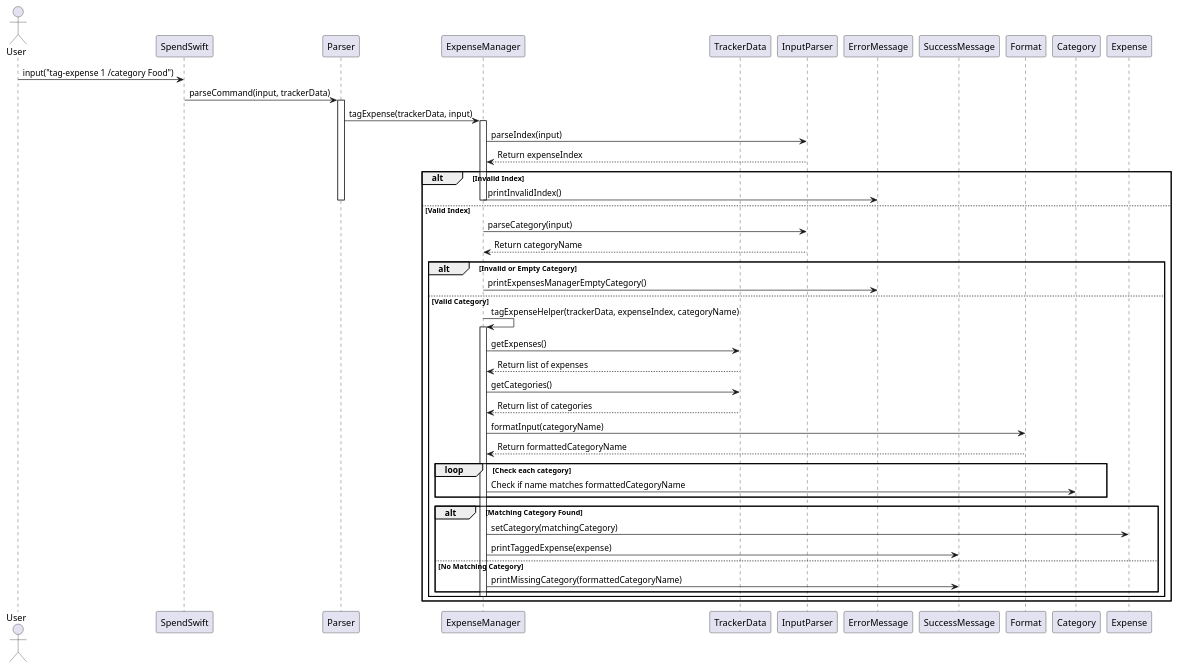
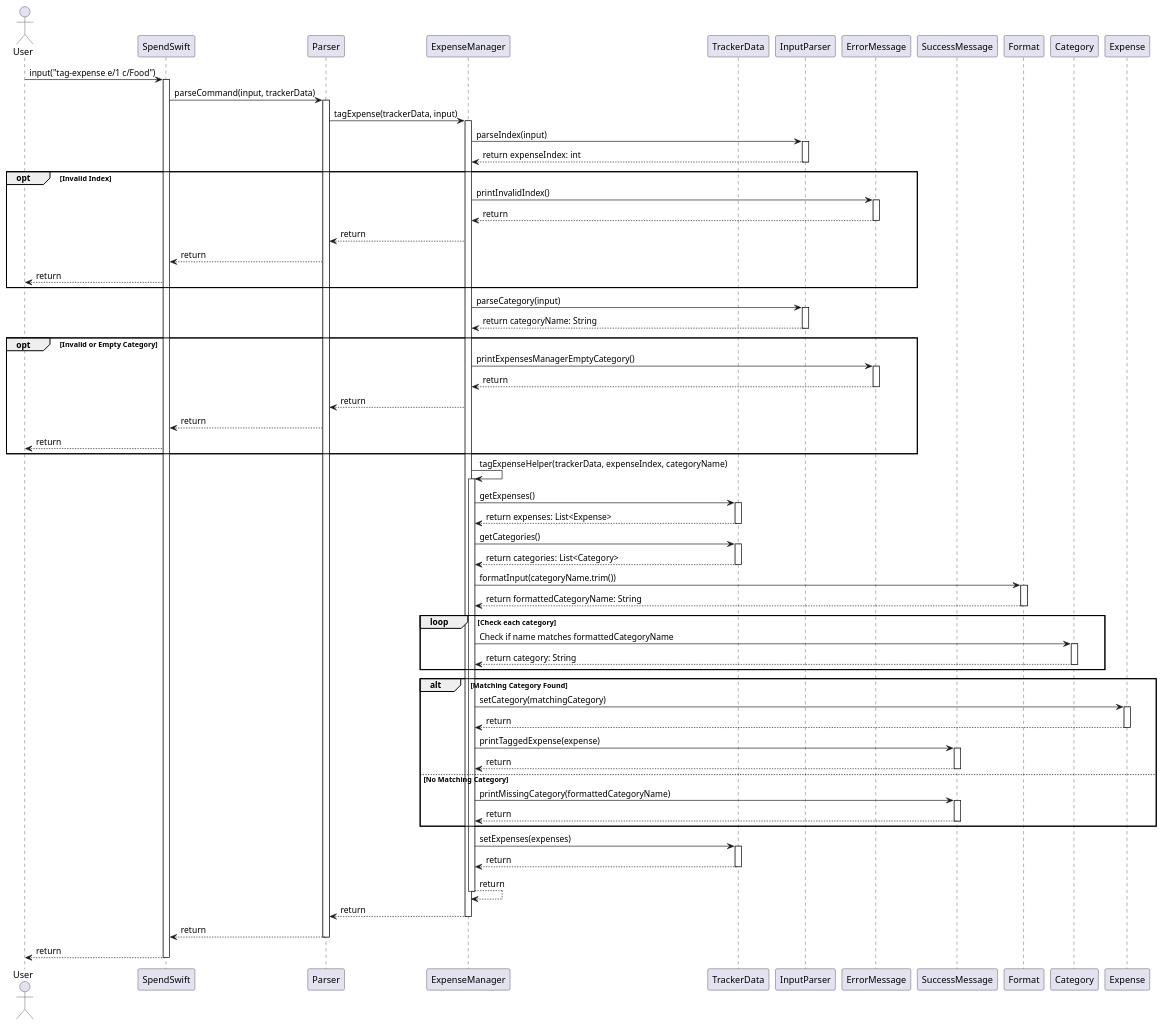
One commit to nus-cs2113-AY2425S1/tp changed the diagram in docs/diagrams/TagExpense.puml. Above: the diagram before and after it, drawn with PlantUML. The commit also changed 2 other files, not shown here.

Commit message:
Add tag-expense sequence diagram

```diff
--- a/docs/diagrams/TagExpense.puml
+++ b/docs/diagrams/TagExpense.puml
@@ -1,63 +1,107 @@
 @startuml
 actor User
 participant SpendSwift
 participant Parser
 participant ExpenseManager
 participant TrackerData
 participant InputParser
 participant ErrorMessage
 participant SuccessMessage
 participant Format
 participant Category
 participant Expense
 
-User -> SpendSwift : input("tag-expense 1 /category Food")
+User -> SpendSwift : input("tag-expense e/1 c/Food")
+activate SpendSwift
 SpendSwift -> Parser : parseCommand(input, trackerData)
 
 activate Parser
 Parser -> ExpenseManager : tagExpense(trackerData, input)
 
 activate ExpenseManager
 ExpenseManager -> InputParser : parseIndex(input)
-InputParser --> ExpenseManager : Return expenseIndex
+activate InputParser
+InputParser --> ExpenseManager : return expenseIndex: int
+deactivate InputParser
 
-alt Invalid Index
+opt Invalid Index
     ExpenseManager -> ErrorMessage : printInvalidIndex()
-    deactivate ExpenseManager
-    deactivate Parser
-else Valid Index
-    ExpenseManager -> InputParser : parseCategory(input)
-    InputParser --> ExpenseManager : Return categoryName
+    activate ErrorMessage
+    ErrorMessage --> ExpenseManager : return
+    deactivate ErrorMessage
+    ExpenseManager --> Parser : return
+    Parser --> SpendSwift : return
+    SpendSwift --> User : return
+end
 
-    alt Invalid or Empty Category
-        ExpenseManager -> ErrorMessage : printExpensesManagerEmptyCategory()
-        deactivate ExpenseManager
-        deactivate Parser
-    else Valid Category
-        ExpenseManager -> ExpenseManager : tagExpenseHelper(trackerData, expenseIndex, categoryName)
+ExpenseManager -> InputParser : parseCategory(input)
+activate InputParser
+InputParser --> ExpenseManager : return categoryName: String
+deactivate InputParser
 
-        activate ExpenseManager
-        ExpenseManager -> TrackerData : getExpenses()
-        TrackerData --> ExpenseManager : Return list of expenses
+opt Invalid or Empty Category
+    ExpenseManager -> ErrorMessage : printExpensesManagerEmptyCategory()
+    activate ErrorMessage
+    ErrorMessage --> ExpenseManager : return
+    deactivate ErrorMessage
+    ExpenseManager --> Parser : return
+    Parser --> SpendSwift : return
+    SpendSwift --> User : return
+end
 
-        ExpenseManager -> TrackerData : getCategories()
-        TrackerData --> ExpenseManager : Return list of categories
+    ExpenseManager -> ExpenseManager : tagExpenseHelper(trackerData, expenseIndex, categoryName)
 
-        ExpenseManager -> Format : formatInput(categoryName)
-        Format --> ExpenseManager : Return formattedCategoryName
+    activate ExpenseManager
+    ExpenseManager -> TrackerData : getExpenses()
+    activate TrackerData
+    TrackerData --> ExpenseManager : return expenses: List<Expense>
+    deactivate TrackerData
+    ExpenseManager -> TrackerData : getCategories()
+    activate TrackerData
+    TrackerData --> ExpenseManager : return categories: List<Category>
+    deactivate TrackerData
 
-        loop Check each category
-            ExpenseManager -> Category : Check if name matches formattedCategoryName
-        end
+    ExpenseManager -> Format : formatInput(categoryName.trim())
+    activate Format
+    Format --> ExpenseManager : return formattedCategoryName: String
+    deactivate Format
 
-        alt Matching Category Found
-            ExpenseManager -> Expense : setCategory(matchingCategory)
-            ExpenseManager -> SuccessMessage : printTaggedExpense(expense)
-        else No Matching Category
-            ExpenseManager -> SuccessMessage : printMissingCategory(formattedCategoryName)
-        end
-        deactivate ExpenseManager
+    loop Check each category
+        ExpenseManager -> Category : Check if name matches formattedCategoryName
+        activate Category
+        Category --> ExpenseManager : return category: String
+        deactivate Category
     end
-end
+
+    alt Matching Category Found
+        ExpenseManager -> Expense : setCategory(matchingCategory)
+        activate Expense
+        Expense --> ExpenseManager : return
+        deactivate Expense
+        ExpenseManager -> SuccessMessage : printTaggedExpense(expense)
+        activate SuccessMessage
+        SuccessMessage --> ExpenseManager : return
+        deactivate SuccessMessage
+    else No Matching Category
+        ExpenseManager -> SuccessMessage : printMissingCategory(formattedCategoryName)
+        activate SuccessMessage
+        SuccessMessage --> ExpenseManager : return
+        deactivate SuccessMessage
+    end
+
+    ExpenseManager -> TrackerData : setExpenses(expenses)
+    activate TrackerData
+    TrackerData --> ExpenseManager : return
+    deactivate TrackerData
+
+ExpenseManager --> ExpenseManager : return
+deactivate ExpenseManager
+
+ExpenseManager --> Parser : return
+deactivate ExpenseManager
+Parser --> SpendSwift : return
 deactivate Parser
+SpendSwift --> User : return
+deactivate SpendSwift
+
 @enduml
```
